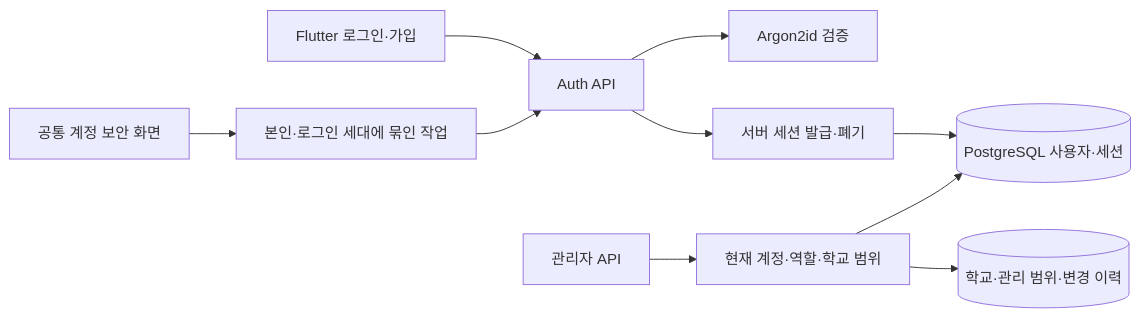
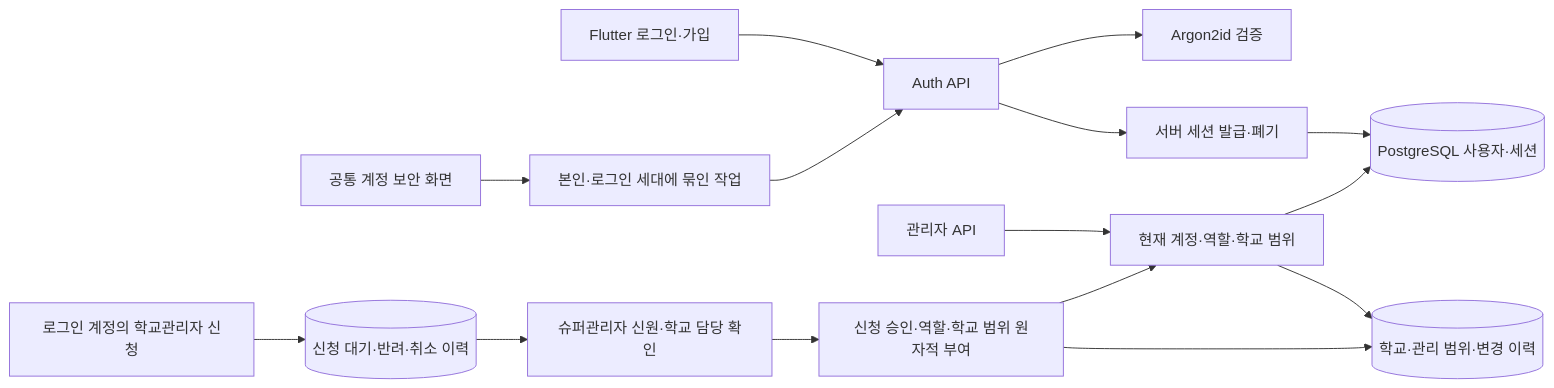
The seventh of 12 diagrams in docs/architecture-erd.md (product04231125/UNIPATH), drawn with Mermaid before and after one commit. The commit also changed other lines of this file and 29 other files, not shown here.

````diff
--- a/docs/architecture-erd.md
+++ b/docs/architecture-erd.md
@@ -204,12 +204,17 @@
 ```mermaid
 flowchart LR
     Login[Flutter 로그인·가입] --> AuthAPI[Auth API]
     AuthAPI --> Passwords[Argon2id 검증]
     AccountSecurity[공통 계정 보안 화면] --> BoundSecurity[본인·로그인 세대에 묶인 작업]
     BoundSecurity --> AuthAPI
     AuthAPI --> Sessions[서버 세션 발급·폐기]
     Sessions --> IdentityDB[(PostgreSQL 사용자·세션)]
     AdminAPI[관리자 API] --> Guard[현재 계정·역할·학교 범위]
     Guard --> IdentityDB
     Guard --> AccessDB[(학교·관리 범위·변경 이력)]
+    Applicant[로그인 계정의 학교관리자 신청] --> Pending[(신청 대기·반려·취소 이력)]
+    Pending --> ManualReview[슈퍼관리자 신원·학교 담당 확인]
+    ManualReview --> AtomicGrant[신청 승인·역할·학교 범위 원자적 부여]
+    AtomicGrant --> Guard
+    AtomicGrant --> AccessDB
 ```
````
